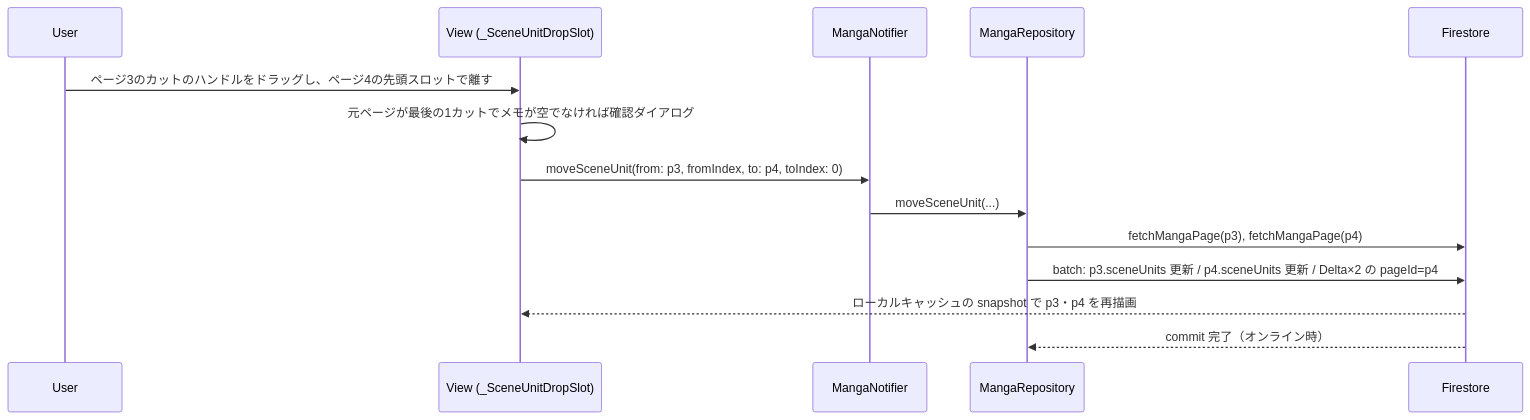
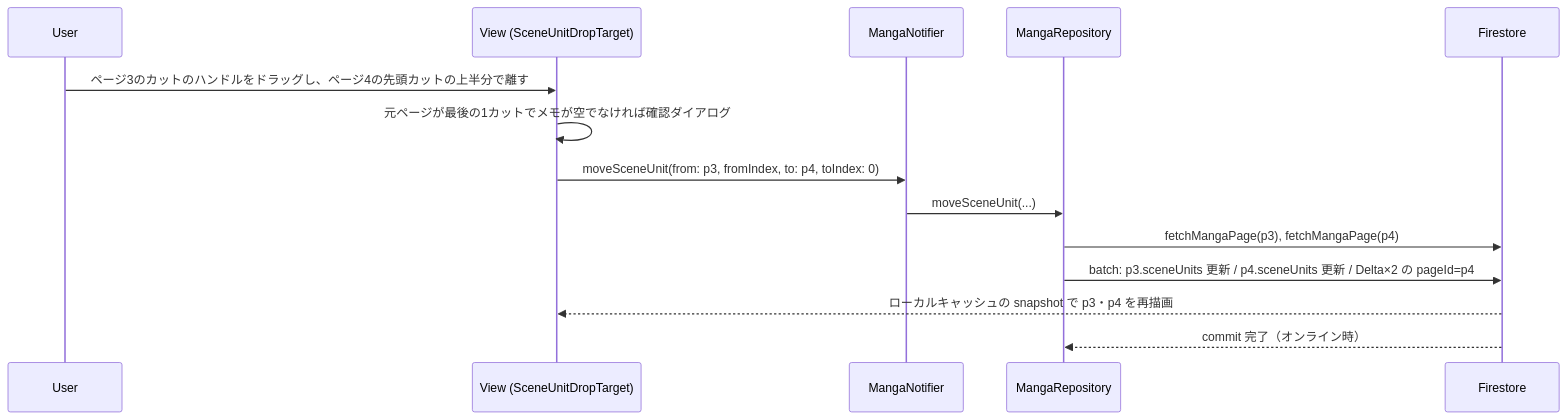
Before and after one commit to firstforest/my_manga_editor: the first of 2 diagrams in docs/spec/features/page-cut-reorder/design.md, drawn with Mermaid. The commit also changed other lines of this file and 6 other files, not shown here.

````diff
--- a/docs/spec/features/page-cut-reorder/design.md
+++ b/docs/spec/features/page-cut-reorder/design.md
@@ -50,16 +50,16 @@
 ```mermaid
 sequenceDiagram
   participant U as User
-  participant V as View (_SceneUnitDropSlot)
+  participant V as View (SceneUnitDropTarget)
   participant N as MangaNotifier
   participant R as MangaRepository
   participant F as Firestore
-  U->>V: ページ3のカットのハンドルをドラッグし、ページ4の先頭スロットで離す
+  U->>V: ページ3のカットのハンドルをドラッグし、ページ4の先頭カットの上半分で離す
   V->>V: 元ページが最後の1カットでメモが空でなければ確認ダイアログ
   V->>N: moveSceneUnit(from: p3, fromIndex, to: p4, toIndex: 0)
   N->>R: moveSceneUnit(...)
   R->>F: fetchMangaPage(p3), fetchMangaPage(p4)
   R->>F: batch: p3.sceneUnits 更新 / p4.sceneUnits 更新 / Delta×2 の pageId=p4
   F-->>V: ローカルキャッシュの snapshot で p3・p4 を再描画
   F-->>R: commit 完了（オンライン時）
 ```
````
